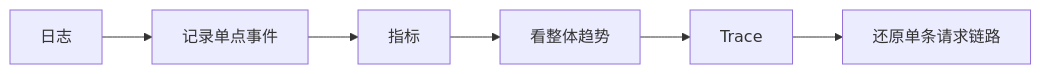
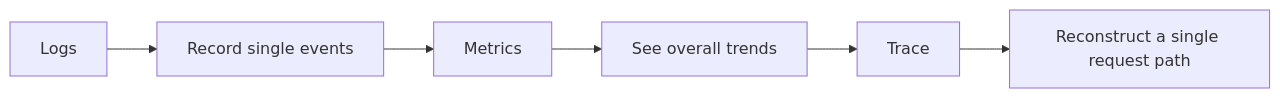
The diagram in docs/ch08-rag/ch04-engineering/03-logging-monitoring.md (oudbiao/AI-fullstack-course), drawn with Mermaid before and after one commit. The commit also changed other lines of this file and 1406 other files, not shown here.

````diff
--- a/docs/ch08-rag/ch04-engineering/03-logging-monitoring.md
+++ b/docs/ch08-rag/ch04-engineering/03-logging-monitoring.md
@@ -33,8 +33,8 @@
 ```mermaid
 flowchart LR
-    A["日志"] --> B["记录单点事件"]
-    B --> C["指标"]
-    C --> D["看整体趋势"]
+    A["Logs"] --> B["Record single events"]
+    B --> C["Metrics"]
+    C --> D["See overall trends"]
     D --> E["Trace"]
-    E --> F["还原单条请求链路"]
+    E --> F["Reconstruct a single request path"]
 ```
````
